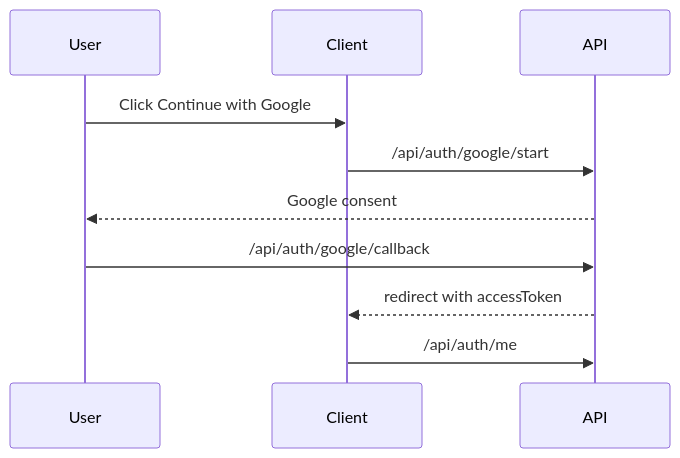
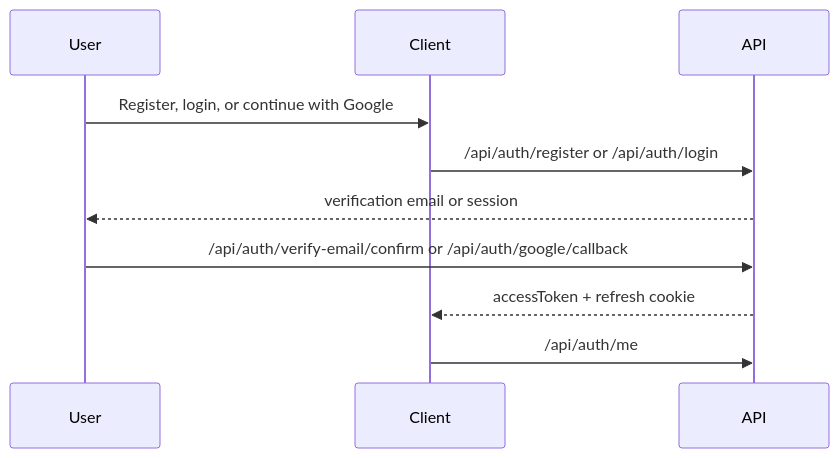
The third of 3 diagrams in docs/architecture/system-overview.md (comp596-spring-2026/RetailSync), drawn with Mermaid before and after one commit. The commit also changed other lines of this file and 188 other files, not shown here.

````diff
--- a/docs/architecture/system-overview.md
+++ b/docs/architecture/system-overview.md
@@ -54,12 +54,12 @@
 ```mermaid
 sequenceDiagram
   participant U as User
   participant C as Client
   participant A as API
-  U->>C: Click Continue with Google
-  C->>A: /api/auth/google/start
-  A-->>U: Google consent
-  U->>A: /api/auth/google/callback
-  A-->>C: redirect with accessToken
+  U->>C: Register, login, or continue with Google
+  C->>A: /api/auth/register or /api/auth/login
+  A-->>U: verification email or session
+  U->>A: /api/auth/verify-email/confirm or /api/auth/google/callback
+  A-->>C: accessToken + refresh cookie
   C->>A: /api/auth/me
 ```
````
